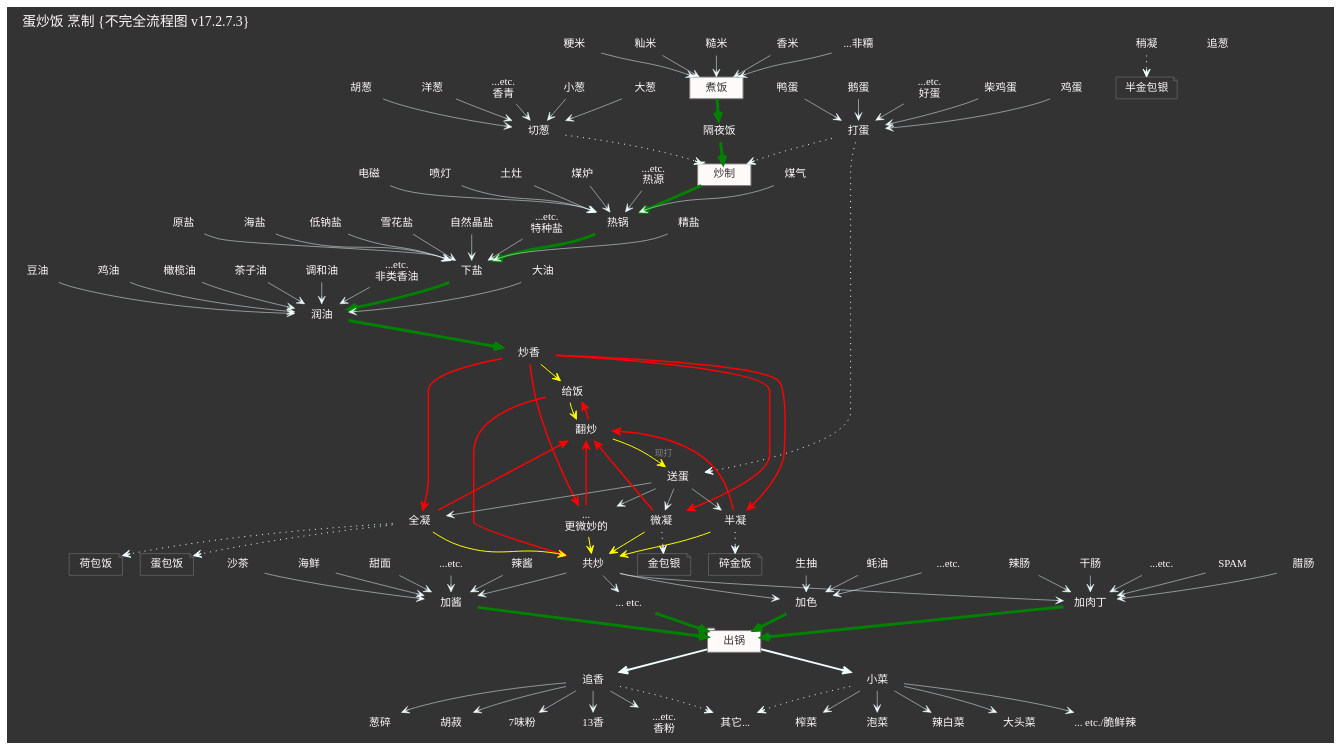
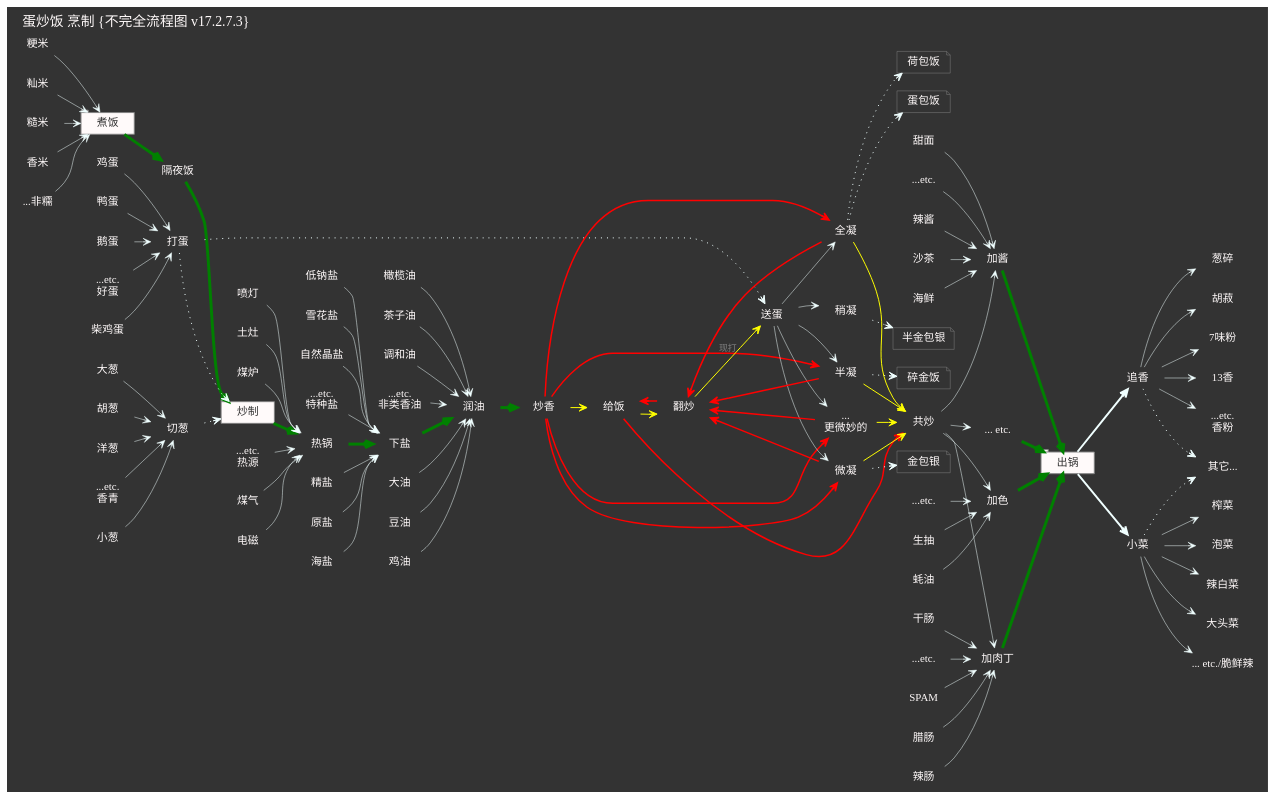
One commit to GC4WP/S03E05 changed the diagram in s3e05g56/fired-rice-egg-mapping.dot. Above: the diagram before and after it, drawn with Graphviz. The commit also changed 2 other files, not shown here.

```diff
--- a/s3e05g56/fired-rice-egg-mapping.dot
+++ b/s3e05g56/fired-rice-egg-mapping.dot
@@ -9,7 +9,7 @@
         ,fontname="Noto Sans S Chinese Medium"
         ,labeljust="l",labelloc="t",center=1
         ,ranksep=0.2,ratio=compress
-        ,rankdir=TB
+        ,rankdir=LR
         ,bgcolor="#333333"
         ];
     //,style="filled,setlinewidth(0.5)",fillcolor="#333333"    
@@ -116,7 +116,7 @@
                 fER3 [label="荷包饭",shape=note];
                 fER4 [label="蛋包饭",shape=note];
             fEn [label="...\n更微妙的"];
-        aEgg->{fE0 fE2 fE3 fEn};
+        aEgg->{fE0 fE1 fE2 fE3 fEn};
             fE0->fER0 [style="dotted"];
             fE1->fER1 [style="dotted"];
             fE2->fER2 [style="dotted"];
@@ -169,7 +169,6 @@
             pA13 [label="13香"];
             pAn [label="...etc.\n香粉"];
             pXiang->{pA0 pA1 pA7 pA13 pAn};
-        aCong [label="追葱"];
         aCai [label="小菜"];
             AC0 [label="榨菜"];
             AC1 [label="泡菜"];
```
